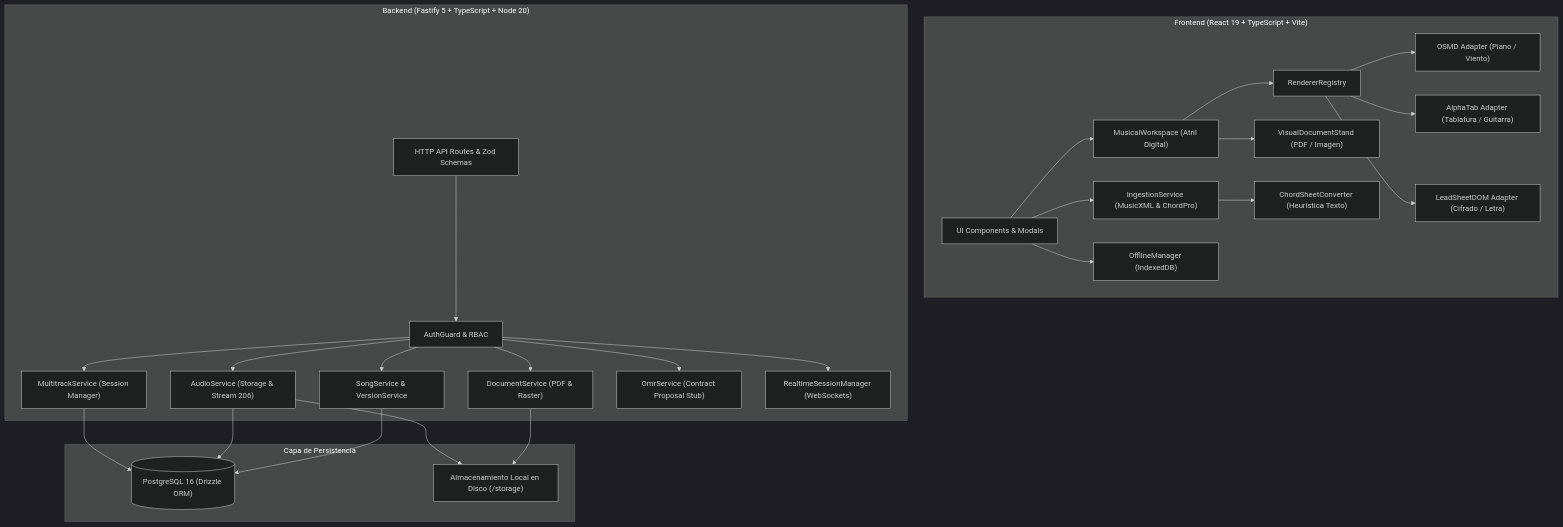
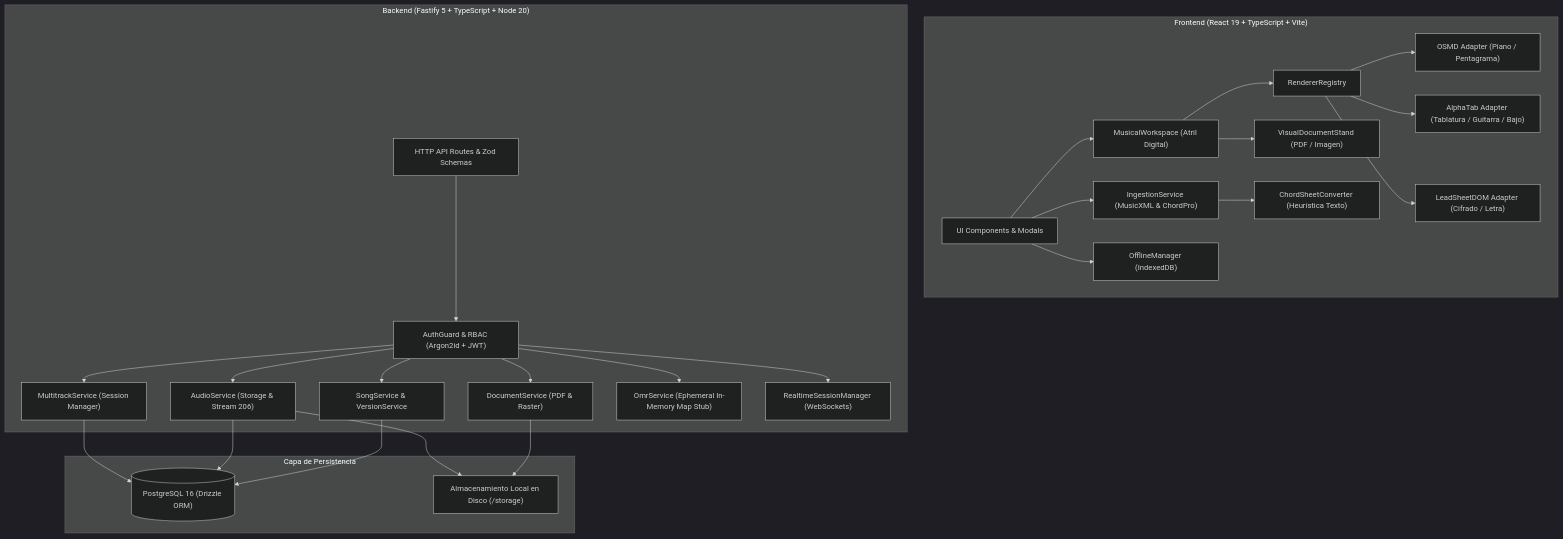
One commit to juancastro2381-hub/BETHESDA-WORSHIP-STUDIO changed the diagram in docs/reports/WS_AI_MUSIC_PLATFORM_CURRENT_STATE_AUDIT.md. Above: the diagram before and after it, drawn with Mermaid (dark theme). The commit also changed other lines of this file and 8 other files, not shown here.

Commit message:
PHASE 0A: INDEPENDENT AUDIT REMEDIATION & FINAL ARCHITECTURE VALIDATION

````diff
--- a/docs/reports/WS_AI_MUSIC_PLATFORM_CURRENT_STATE_AUDIT.md
+++ b/docs/reports/WS_AI_MUSIC_PLATFORM_CURRENT_STATE_AUDIT.md
@@ -29,55 +32,55 @@
 ```mermaid
 graph TD
     subgraph Frontend ["Frontend (React 19 + TypeScript + Vite)"]
         UI["UI Components & Modals"]
         MW["MusicalWorkspace (Atril Digital)"]
         VDS["VisualDocumentStand (PDF / Imagen)"]
         RR["RendererRegistry"]
-        OSMD["OSMD Adapter (Piano / Viento)"]
-        AT["AlphaTab Adapter (Tablatura / Guitarra)"]
+        OSMD["OSMD Adapter (Piano / Pentagrama)"]
+        AT["AlphaTab Adapter (Tablatura / Guitarra / Bajo)"]
         LSD["LeadSheetDOM Adapter (Cifrado / Letra)"]
         ING["IngestionService (MusicXML & ChordPro)"]
         CSC["ChordSheetConverter (Heurística Texto)"]
         OFF["OfflineManager (IndexedDB)"]
     end
 
     subgraph Backend ["Backend (Fastify 5 + TypeScript + Node 20)"]
         HTTP["HTTP API Routes & Zod Schemas"]
-        AUTH["AuthGuard & RBAC"]
+        AUTH["AuthGuard & RBAC (Argon2id + JWT)"]
         SS["SongService & VersionService"]
         DS["DocumentService (PDF & Raster)"]
         AS["AudioService (Storage & Stream 206)"]
         MTS["MultitrackService (Session Manager)"]
-        OMRS["OmrService (Contract Proposal Stub)"]
+        OMRS["OmrService (Ephemeral In-Memory Map Stub)"]
         RSM["RealtimeSessionManager (WebSockets)"]
     end
 
     subgraph Storage ["Capa de Persistencia"]
         PG[("PostgreSQL 16 (Drizzle ORM)")]
         FS["Almacenamiento Local en Disco (/storage)"]
     end
 
     UI --> MW
     MW --> RR
     RR --> OSMD
     RR --> AT
     RR --> LSD
     MW --> VDS
     UI --> ING
     ING --> CSC
     UI --> OFF
 
     HTTP --> AUTH
     AUTH --> SS
     AUTH --> DS
     AUTH --> AS
     AUTH --> MTS
     AUTH --> OMRS
     AUTH --> RSM
 
     SS --> PG
     DS --> FS
     AS --> FS
     AS --> PG
     MTS --> PG
 ```
````
